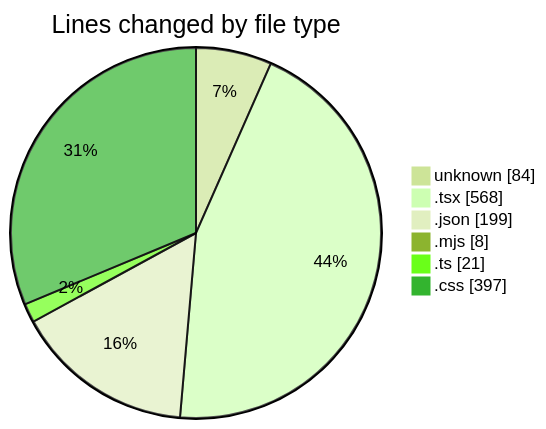
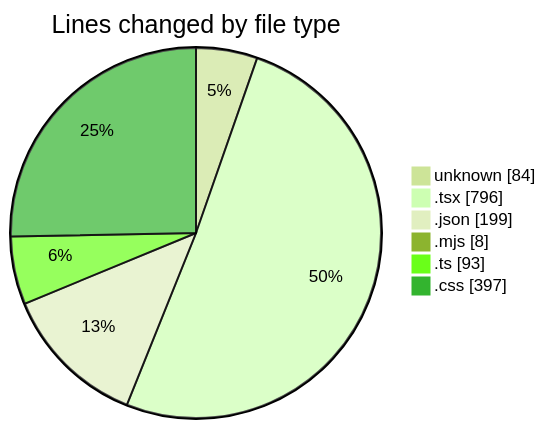
Before and after one commit to Elitesun/code-tracking: the first of 2 diagrams in 2025-05-15/niten/README.md, drawn with Mermaid (forest theme). The commit also changed other lines of this file and 1 other file, not shown here.

````diff
--- a/2025-05-15/niten/README.md
+++ b/2025-05-15/niten/README.md
@@ -31,10 +35,10 @@
 ```mermaid
 pie showData
 title Lines changed by file type
 "unknown" : 84
-".tsx" : 568
+".tsx" : 796
 ".json" : 199
 ".mjs" : 8
-".ts" : 21
+".ts" : 93
 ".css" : 397
 ```
````
